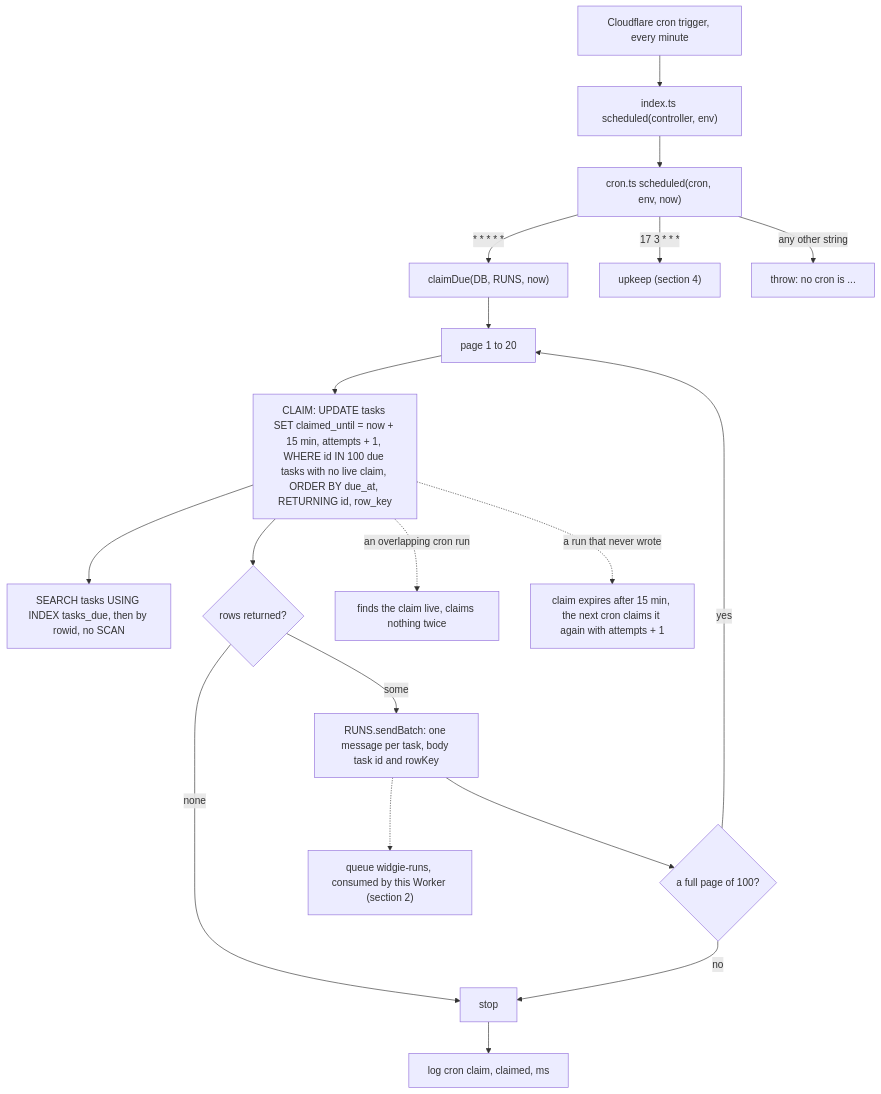
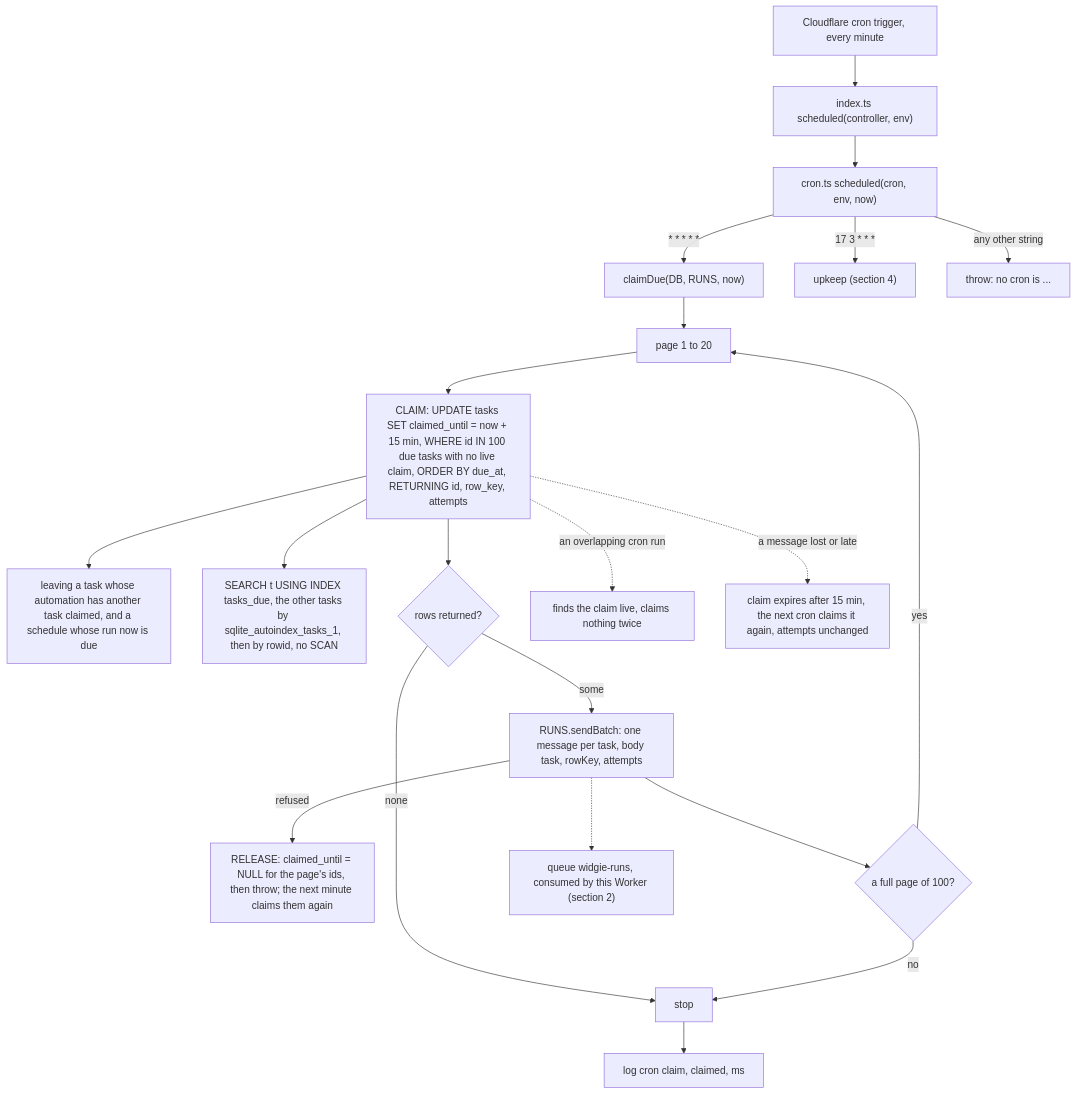
Before and after one commit to Krutik460/Widgie: the first of 5 diagrams in docs/pr/25-phase-3-p3-runner.md, drawn with Mermaid. The commit also changed other lines of this file, not shown here.

Commit message:
Bring the PR 25 review guide up to the review fixes: one task of an automation at a time, attempts counted when a run starts, no lone surrogate on the wire, a written repeat, the scaled token cap, the sliced prune, and the new vectors

````diff
--- a/docs/pr/25-phase-3-p3-runner.md
+++ b/docs/pr/25-phase-3-p3-runner.md
@@ -39,21 +41,23 @@
 ```mermaid
 flowchart TD
   CF["Cloudflare cron trigger, every minute"] --> SCH["index.ts scheduled(controller, env)"]
   SCH --> DISP["cron.ts scheduled(cron, env, now)"]
   DISP -->|"* * * * *"| CLAIMDUE["claimDue(DB, RUNS, now)"]
   DISP -->|"17 3 * * *"| UPK["upkeep (section 4)"]
   DISP -->|"any other string"| THROW["throw: no cron is ..."]
   CLAIMDUE --> PAGE["page 1 to 20"]
-  PAGE --> STMT["CLAIM: UPDATE tasks SET claimed_until = now + 15 min, attempts + 1, WHERE id IN 100 due tasks with no live claim, ORDER BY due_at, RETURNING id, row_key"]
-  STMT --> IDX["SEARCH tasks USING INDEX tasks_due, then by rowid, no SCAN"]
+  PAGE --> STMT["CLAIM: UPDATE tasks SET claimed_until = now + 15 min, WHERE id IN 100 due tasks with no live claim, ORDER BY due_at, RETURNING id, row_key, attempts"]
+  STMT --> SIB["leaving a task whose automation has another task claimed, and a schedule whose run now is due"]
+  STMT --> IDX["SEARCH t USING INDEX tasks_due, the other tasks by sqlite_autoindex_tasks_1, then by rowid, no SCAN"]
   STMT --> EMPTY{"rows returned?"}
   EMPTY -->|"none"| DONE["stop"]
-  EMPTY -->|"some"| SEND["RUNS.sendBatch: one message per task, body task id and rowKey"]
+  EMPTY -->|"some"| SEND["RUNS.sendBatch: one message per task, body task, rowKey, attempts"]
+  SEND -->|"refused"| REL["RELEASE: claimed_until = NULL for the page's ids, then throw; the next minute claims them again"]
   SEND --> FULL{"a full page of 100?"}
   FULL -->|"yes"| PAGE
   FULL -->|"no"| DONE
   DONE --> LOG["log cron claim, claimed, ms"]
   SEND -.-> Q["queue widgie-runs, consumed by this Worker (section 2)"]
   STMT -.->|"an overlapping cron run"| LIVE["finds the claim live, claims nothing twice"]
-  STMT -.->|"a run that never wrote"| EXP["claim expires after 15 min, the next cron claims it again with attempts + 1"]
+  STMT -.->|"a message lost or late"| EXP["claim expires after 15 min, the next cron claims it again, attempts unchanged"]
 ```
````
